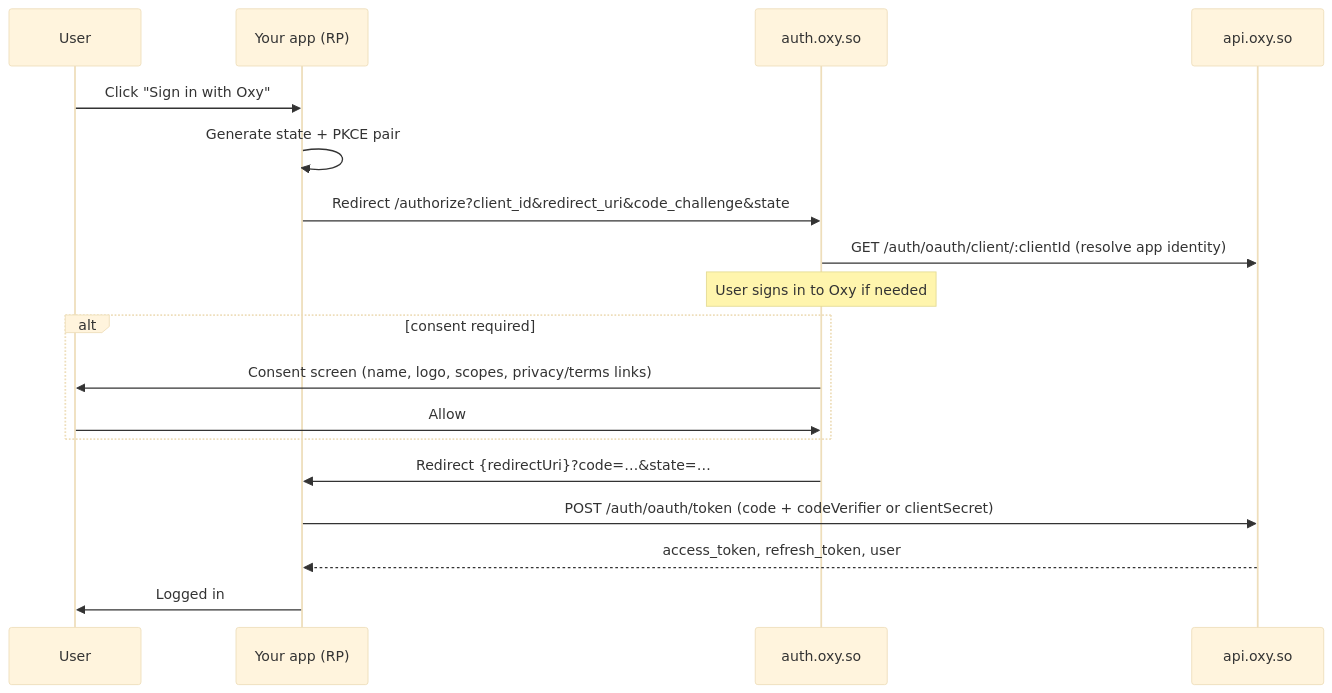
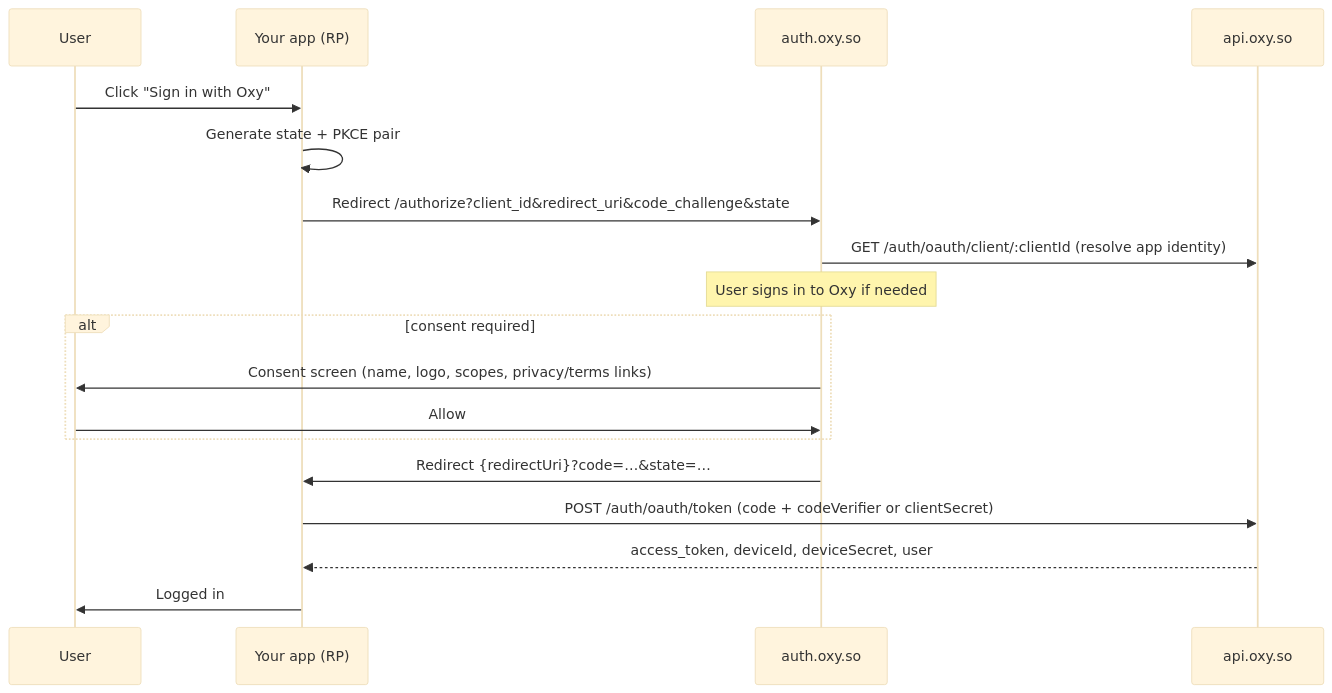
One commit to OxyHQ/OxyHQServices changed the diagram in docs/auth/integration-guide.md. Above: the diagram before and after it, drawn with Mermaid (base theme). The commit also changed other lines of this file and 5 other files, not shown here.

````diff
--- a/docs/auth/integration-guide.md
+++ b/docs/auth/integration-guide.md
@@ -23,21 +23,21 @@
 ```mermaid
 sequenceDiagram
   participant User
   participant RP as Your app (RP)
   participant IdP as auth.oxy.so
   participant API as api.oxy.so
 
   User->>RP: Click "Sign in with Oxy"
   RP->>RP: Generate state + PKCE pair
   RP->>IdP: Redirect /authorize?client_id&redirect_uri&code_challenge&state
   IdP->>API: GET /auth/oauth/client/:clientId (resolve app identity)
   Note over IdP: User signs in to Oxy if needed
   alt consent required
     IdP->>User: Consent screen (name, logo, scopes, privacy/terms links)
     User->>IdP: Allow
   end
   IdP->>RP: Redirect {redirectUri}?code=…&state=…
   RP->>API: POST /auth/oauth/token (code + codeVerifier or clientSecret)
-  API-->>RP: access_token, refresh_token, user
+  API-->>RP: access_token, deviceId, deviceSecret, user
   RP->>User: Logged in
 ```
````
